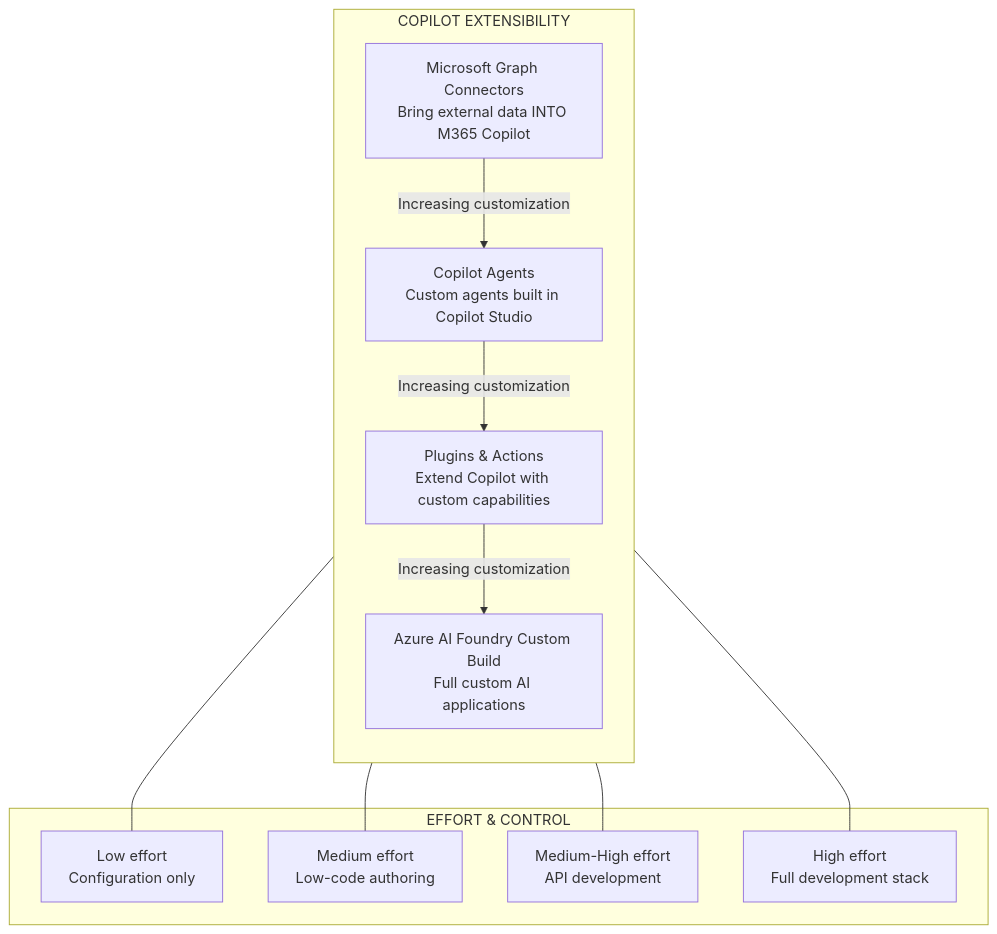
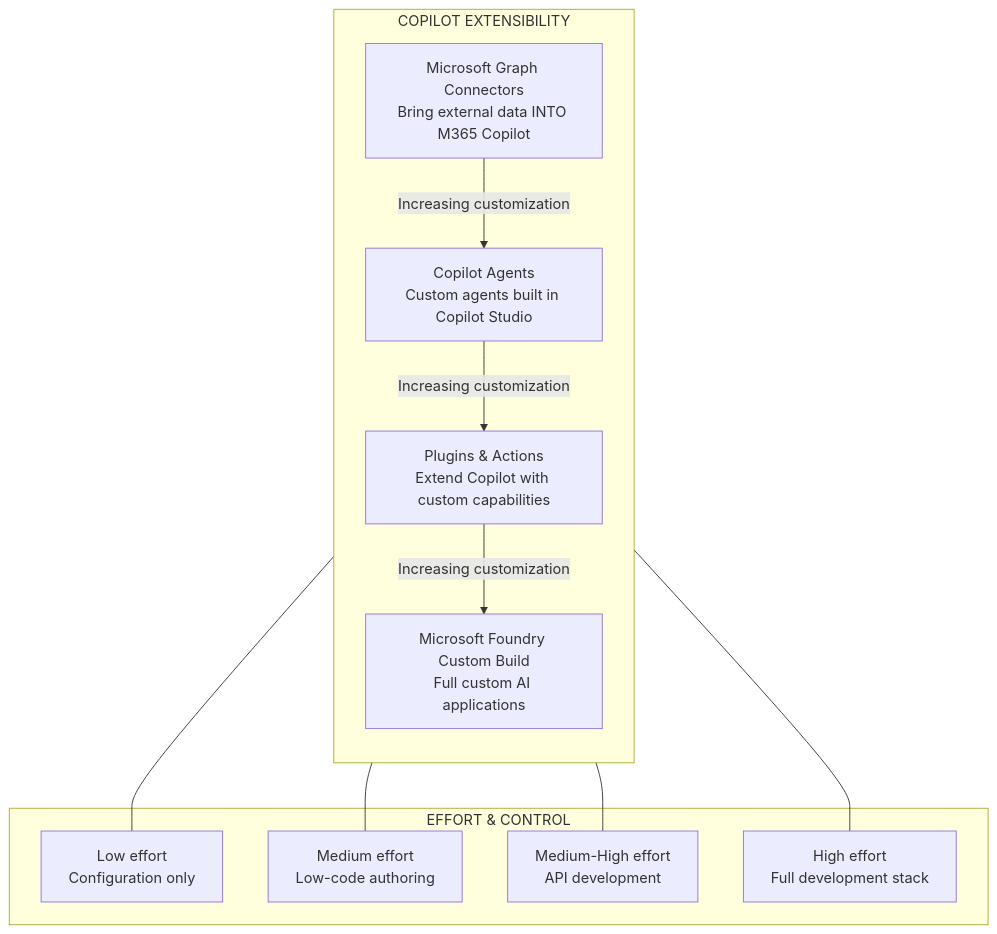
The sixth of 7 diagrams in .factory/docs/learning/o6-copilot-ecosystem.mdx (frootai/frootai), drawn with Mermaid before and after one commit. The commit also changed other lines of this file and 42 other files, not shown here.

````diff
--- a/.factory/docs/learning/o6-copilot-ecosystem.mdx
+++ b/.factory/docs/learning/o6-copilot-ecosystem.mdx
@@ -650,26 +653,26 @@
 ```mermaid
 graph TB
     subgraph Extend["COPILOT EXTENSIBILITY"]
         direction TB
         L1["Microsoft Graph Connectors<br/>Bring external data INTO M365 Copilot"]
         L2["Copilot Agents<br/>Custom agents built in Copilot Studio"]
         L3["Plugins & Actions<br/>Extend Copilot with custom capabilities"]
-        L4["Azure AI Foundry Custom Build<br/>Full custom AI applications"]
+        L4["Microsoft Foundry Custom Build<br/>Full custom AI applications"]
     end
 
     L1 -->|"Increasing customization"| L2
     L2 -->|"Increasing customization"| L3
     L3 -->|"Increasing customization"| L4
 
     subgraph Effort["EFFORT & CONTROL"]
         E1["Low effort<br/>Configuration only"]
         E2["Medium effort<br/>Low-code authoring"]
         E3["Medium-High effort<br/>API development"]
         E4["High effort<br/>Full development stack"]
     end
 
     L1 --- E1
     L2 --- E2
     L3 --- E3
     L4 --- E4
 ```
````
